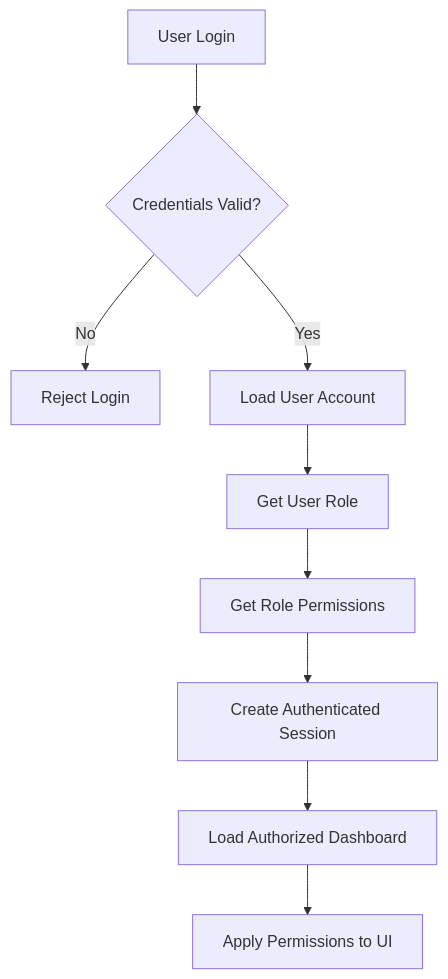
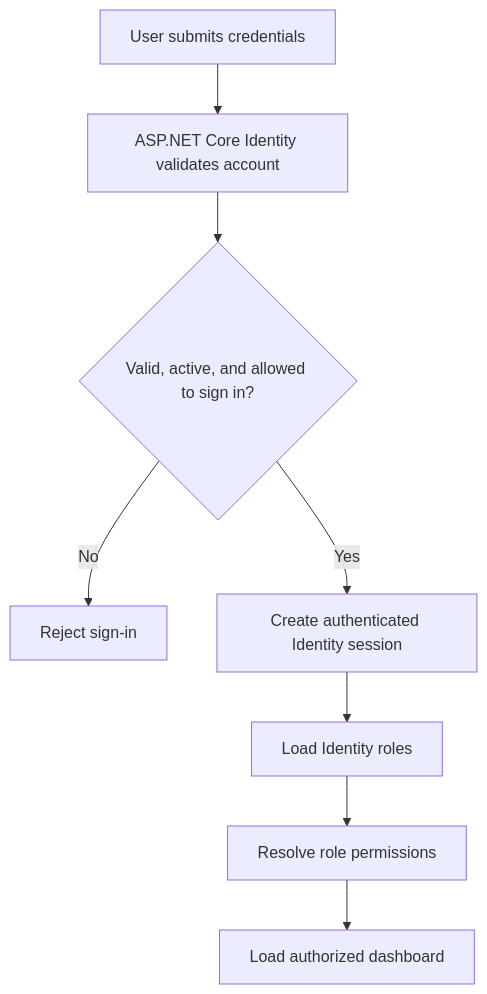
One commit to janninobansag/Gearantee changed the second of 2 diagrams in doc/Campus_Equipment_Borrowing_Permission_Workflow.md. Above: the diagram before and after it, drawn with Mermaid. The commit also changed other lines of this file and 68 other files, not shown here.

````diff
--- a/doc/Campus_Equipment_Borrowing_Permission_Workflow.md
+++ b/doc/Campus_Equipment_Borrowing_Permission_Workflow.md
@@ -277,16 +147,10 @@
 ```mermaid
 flowchart TD
-
-    A[User Login] --> B{Credentials Valid?}
-
-    B -->|No| C[Reject Login]
-    B -->|Yes| D[Load User Account]
-
-    D --> E[Get User Role]
-    E --> F[Get Role Permissions]
-
-    F --> G[Create Authenticated Session]
-
-    G --> H[Load Authorized Dashboard]
-    H --> I[Apply Permissions to UI]
+    A[User submits credentials] --> B[ASP.NET Core Identity validates account]
+    B --> C{Valid, active, and allowed to sign in?}
+    C -->|No| D[Reject sign-in]
+    C -->|Yes| E[Create authenticated Identity session]
+    E --> F[Load Identity roles]
+    F --> G[Resolve role permissions]
+    G --> H[Load authorized dashboard]
 ```
````
